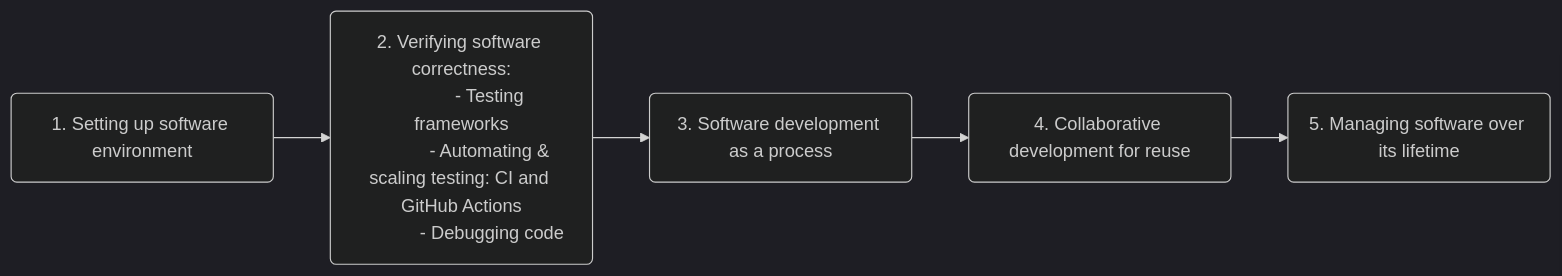
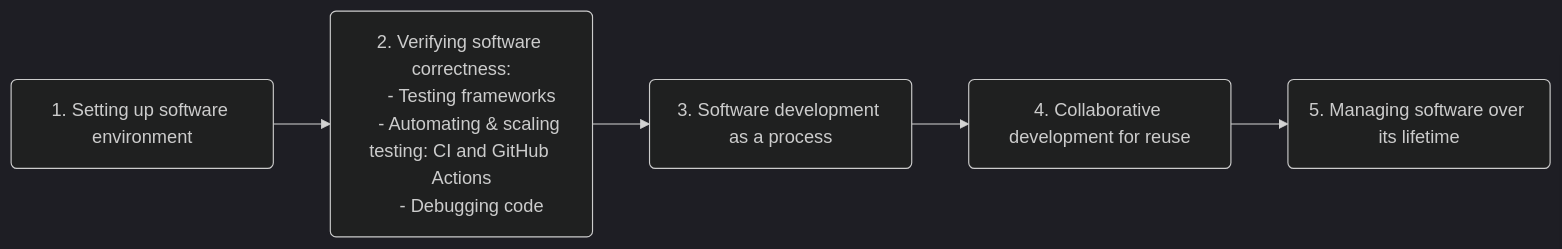
The diagram in episodes/20-section2-intro.md (carpentries-incubator/python-intermediate-development), drawn with Mermaid (dark theme) before and after one commit.

````diff
--- a/episodes/20-section2-intro.md
+++ b/episodes/20-section2-intro.md
@@ -39,12 +39,12 @@
 ```mermaid
     flowchart LR
         accDescr {Topics on verifying software correctness covered in the current section: testing frameworks, automating and scaling up testing, and code debugging}
-        A(1. Setting up software environment)
-        A --> B(2. Verifying software correctness:
-                - Testing frameworks
-                - Automating & scaling testing: CI and GitHub Actions
-                - Debugging code)
+        B("`2. Verifying software correctness:
+        - Testing frameworks
+        - Automating & scaling testing: CI and GitHub Actions
+        - Debugging code`")
+        A(1. Setting up software environment) --> B
         B --> C(3. Software development as a process)
         C --> D(4. Collaborative development for reuse)
         D --> E(5. Managing software over its lifetime)
 ```
````
